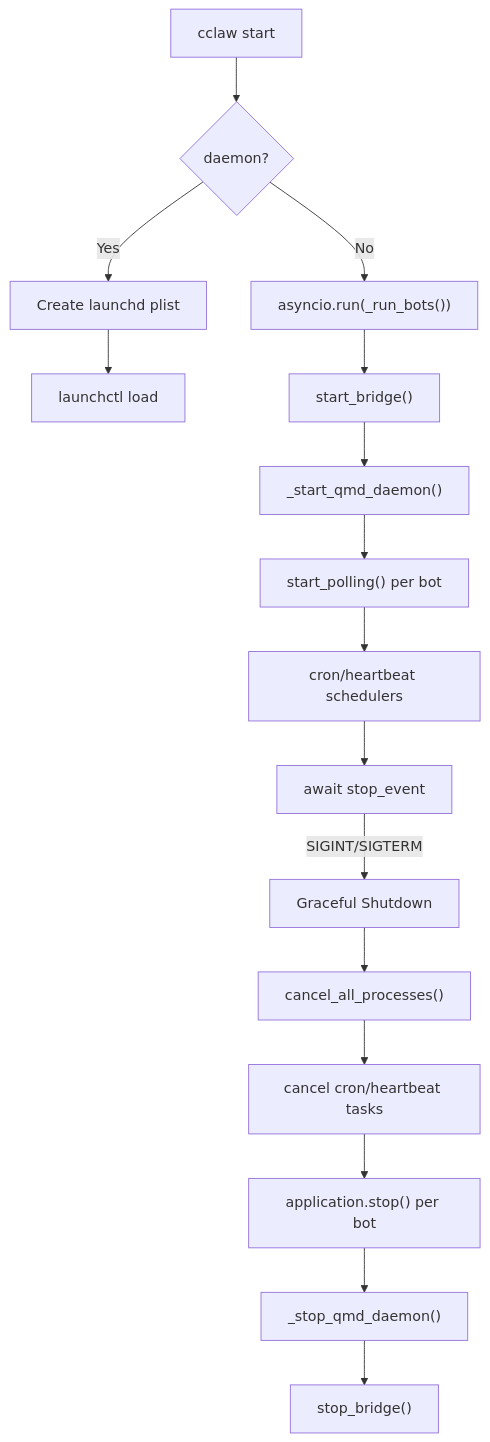
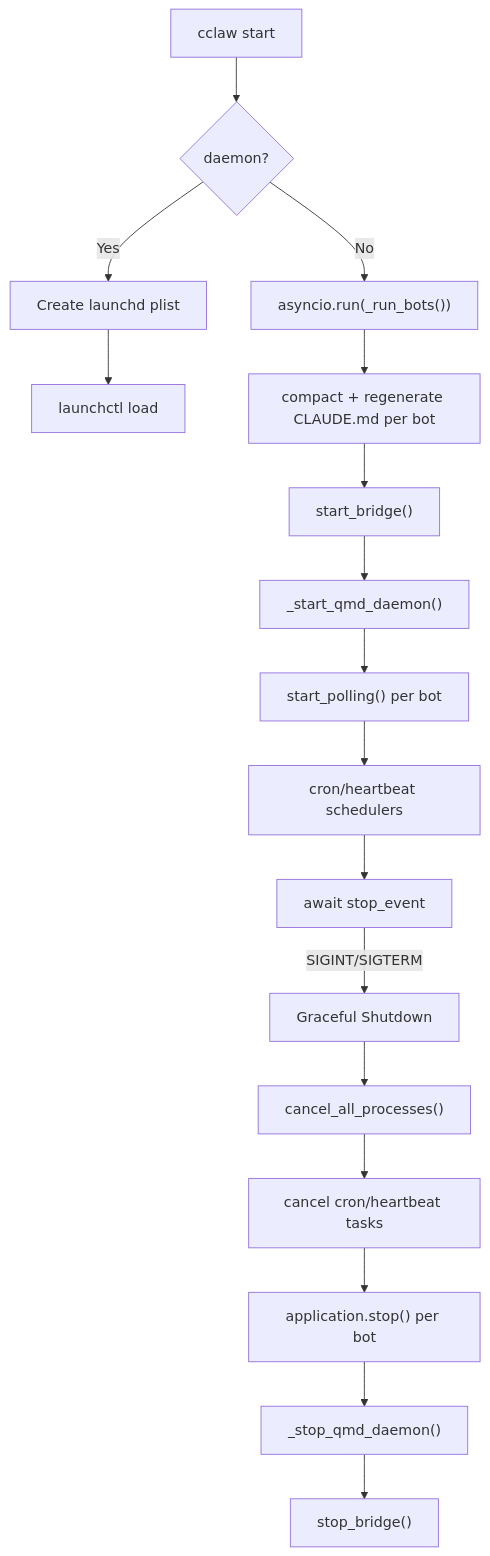
One commit to heg-wtf/abyss changed the fourth of 9 diagrams in docs/ARCHITECTURE.md. Above: the diagram before and after it, drawn with Mermaid. The commit also changed other lines of this file and 16 other files, not shown here.

First line of the commit message:
✨ feat: add timezone/language config, bot profile fields, startup compact

````diff
--- a/docs/ARCHITECTURE.md
+++ b/docs/ARCHITECTURE.md
@@ -316,20 +344,21 @@
 ```mermaid
 graph TD
     START["cclaw start"] --> MODE{daemon?}
     MODE -->|No| FG["asyncio.run(_run_bots())"]
     MODE -->|Yes| PLIST["Create launchd plist"]
     PLIST --> LOAD["launchctl load"]
 
-    FG --> BRIDGE["start_bridge()"]
+    FG --> COMPACT["compact + regenerate CLAUDE.md per bot"]
+    COMPACT --> BRIDGE["start_bridge()"]
     BRIDGE --> QMD["_start_qmd_daemon()"]
     QMD --> POLL["start_polling() per bot"]
     POLL --> CRON["cron/heartbeat schedulers"]
     CRON --> WAIT["await stop_event"]
 
     WAIT -->|SIGINT/SIGTERM| SHUT["Graceful Shutdown"]
     SHUT --> K1["cancel_all_processes()"]
     K1 --> K2["cancel cron/heartbeat tasks"]
     K2 --> K3["application.stop() per bot"]
     K3 --> K4["_stop_qmd_daemon()"]
     K4 --> K5["stop_bridge()"]
 ```
````
